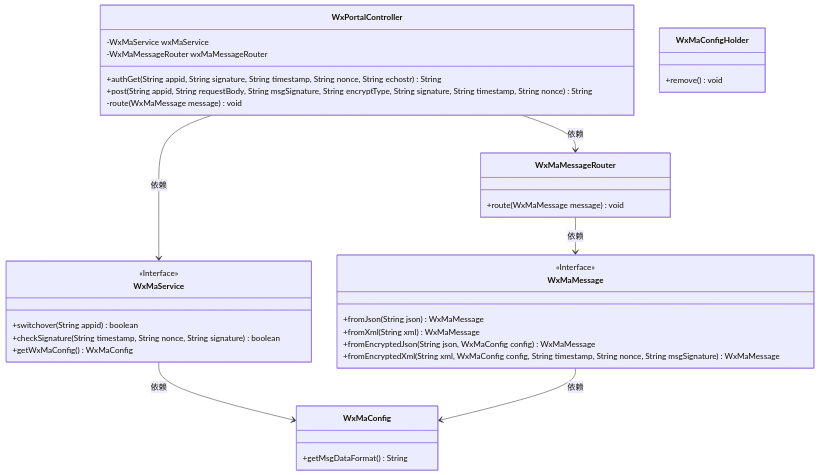
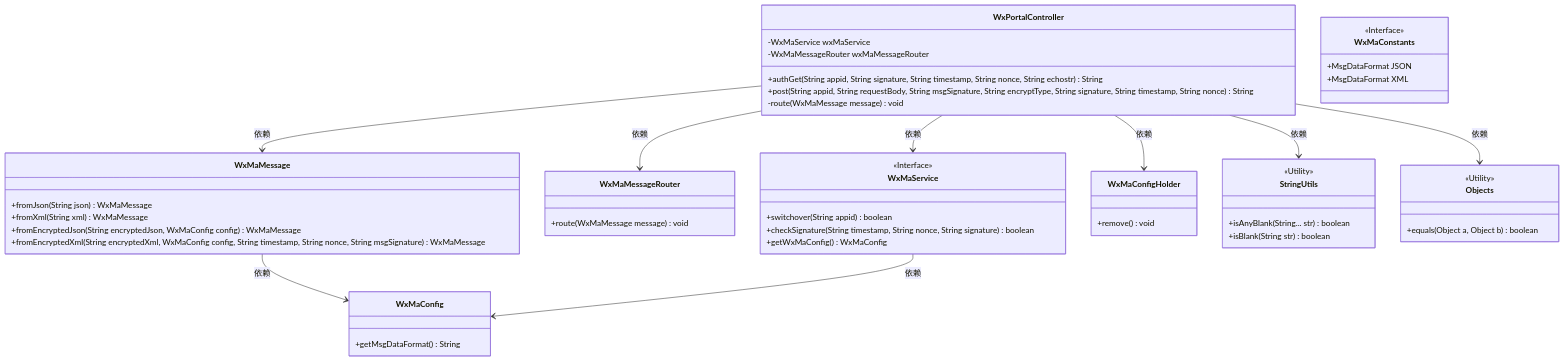
Before and after one commit to v-wjrong/imrrong_weixin-java-miniapp-demo: the first of 4 diagrams in docs/zh/docs/src/main/java/com/github/binarywang/demo/wx/miniapp/controller/WxPortalController.md, drawn with Mermaid. The commit also changed other lines of this file and 51 other files, not shown here.

````diff
--- a/docs/zh/docs/src/main/java/com/github/binarywang/demo/wx/miniapp/controller/WxPortalController.md
+++ b/docs/zh/docs/src/main/java/com/github/binarywang/demo/wx/miniapp/controller/WxPortalController.md
@@ -36,43 +36,62 @@
 ```mermaid
 classDiagram
     class WxPortalController {
         -WxMaService wxMaService
         -WxMaMessageRouter wxMaMessageRouter
         +authGet(String appid, String signature, String timestamp, String nonce, String echostr) String
         +post(String appid, String requestBody, String msgSignature, String encryptType, String signature, String timestamp, String nonce) String
         -route(WxMaMessage message) void
     }
-
+    
     class WxMaService {
         <<Interface>>
         +switchover(String appid) boolean
         +checkSignature(String timestamp, String nonce, String signature) boolean
         +getWxMaConfig() WxMaConfig
     }
-
+    
     class WxMaMessageRouter {
         +route(WxMaMessage message) void
     }
-
+    
     class WxMaMessage {
-        <<Interface>>
         +fromJson(String json) WxMaMessage
         +fromXml(String xml) WxMaMessage
-        +fromEncryptedJson(String json, WxMaConfig config) WxMaMessage
-        +fromEncryptedXml(String xml, WxMaConfig config, String timestamp, String nonce, String msgSignature) WxMaMessage
+        +fromEncryptedJson(String encryptedJson, WxMaConfig config) WxMaMessage
+        +fromEncryptedXml(String encryptedXml, WxMaConfig config, String timestamp, String nonce, String msgSignature) WxMaMessage
     }
-
+    
     class WxMaConfig {
         +getMsgDataFormat() String
     }
-
+    
+    class WxMaConstants {
+        <<Interface>>
+        +MsgDataFormat JSON
+        +MsgDataFormat XML
+    }
+    
     class WxMaConfigHolder {
         +remove() void
     }
-
+    
+    class StringUtils {
+        <<Utility>>
+        +isAnyBlank(String... str) boolean
+        +isBlank(String str) boolean
+    }
+    
+    class Objects {
+        <<Utility>>
+        +equals(Object a, Object b) boolean
+    }
+    
     WxPortalController --> WxMaService : 依赖
     WxPortalController --> WxMaMessageRouter : 依赖
-    WxMaMessageRouter --> WxMaMessage : 依赖
+    WxPortalController --> WxMaMessage : 依赖
+    WxPortalController --> WxMaConfigHolder : 依赖
+    WxPortalController --> StringUtils : 依赖
+    WxPortalController --> Objects : 依赖
+    WxMaMessage --> WxMaConfig : 依赖
     WxMaService --> WxMaConfig : 依赖
-    WxMaMessage --> WxMaConfig : 依赖
 ```
````
